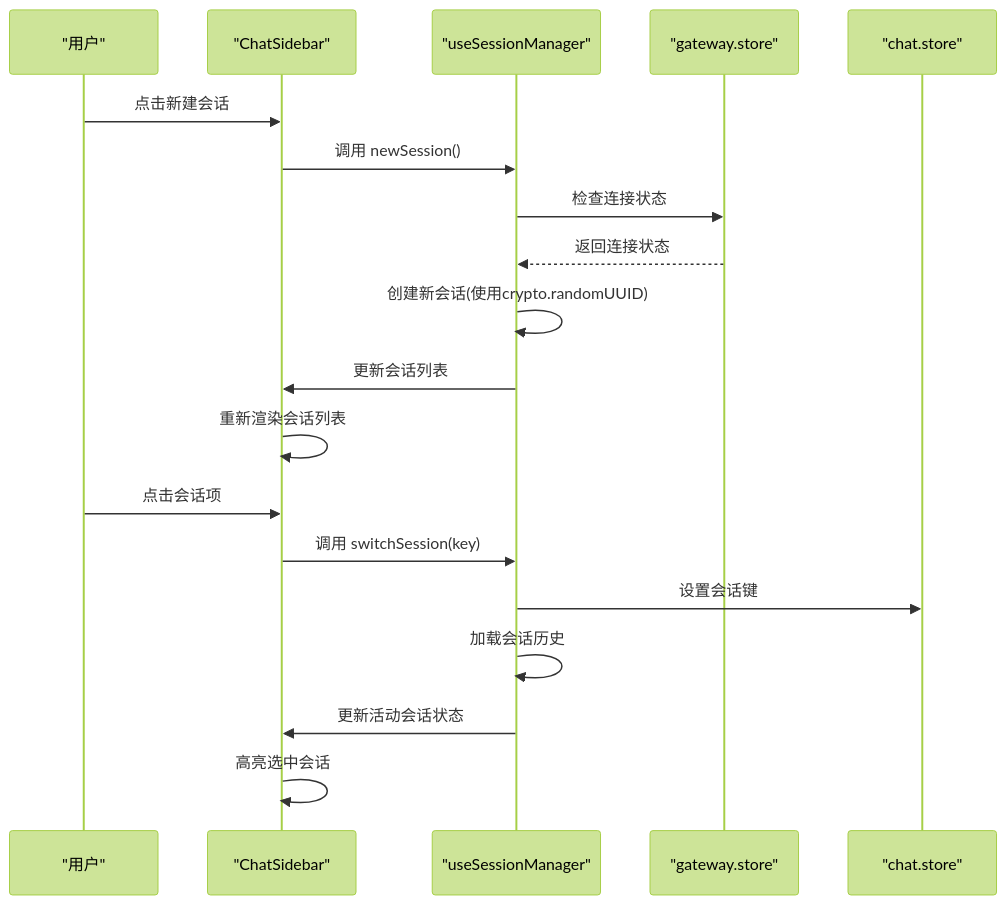
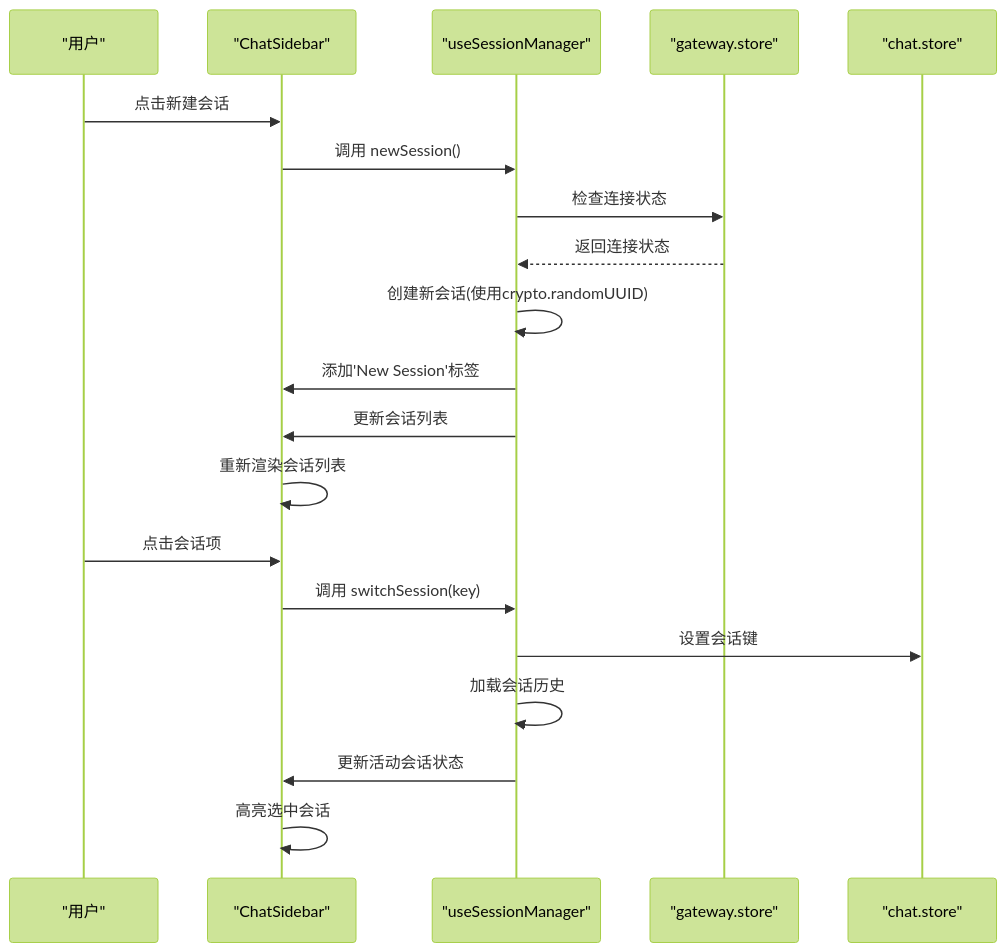
One commit to verse-ai-org/openclaw changed diagram 13 of 15 in .qoder/repowiki/zh/content/核心概念/会话管理.md. Above: the diagram before and after it, drawn with Mermaid (forest theme). The commit also changed other lines of this file and 55 other files, not shown here.

````diff
--- a/.qoder/repowiki/zh/content/核心概念/会话管理.md
+++ b/.qoder/repowiki/zh/content/核心概念/会话管理.md
@@ -576,21 +716,22 @@
 ```mermaid
 sequenceDiagram
 participant User as "用户"
 participant CS as "ChatSidebar"
 participant USM as "useSessionManager"
 participant GS as "gateway.store"
 participant CS2 as "chat.store"
 User->>CS : 点击新建会话
 CS->>USM : 调用 newSession()
 USM->>GS : 检查连接状态
 GS-->>USM : 返回连接状态
 USM->>USM : 创建新会话(使用crypto.randomUUID)
+USM->>CS : 添加'New Session'标签
 USM->>CS : 更新会话列表
 CS->>CS : 重新渲染会话列表
 User->>CS : 点击会话项
 CS->>USM : 调用 switchSession(key)
 USM->>CS2 : 设置会话键
 USM->>USM : 加载会话历史
 USM->>CS : 更新活动会话状态
 CS->>CS : 高亮选中会话
 ```
````
